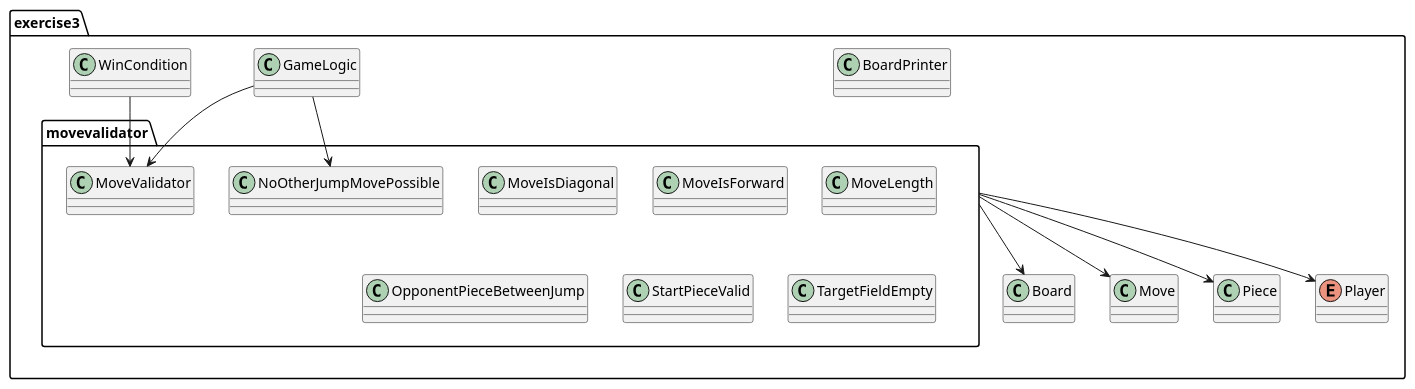
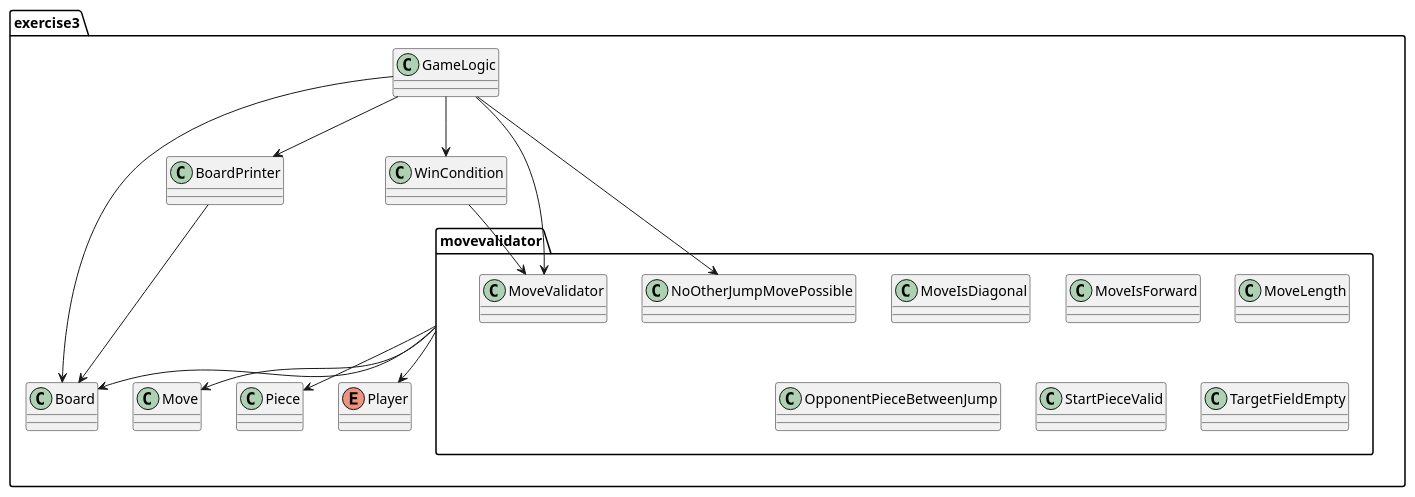
One commit to soco21/soco21 changed the diagram in assignment-1/exercise2/Class Diagramm Checkers.puml. Above: the diagram before and after it, drawn with PlantUML.

Commit message:
Class Diagramm Checkers.puml: add dependencies of GameLogic
GameLogic is the central component which coordinates the others.

```diff
--- a/assignment-1/exercise2/Class Diagramm Checkers.puml
+++ b/assignment-1/exercise2/Class Diagramm Checkers.puml
@@ -1,28 +1,32 @@
 @startuml
 package exercise3{
 package movevalidator {
 class MoveIsDiagonal
 class MoveIsForward
 class MoveLength
 class MoveValidator
 class NoOtherJumpMovePossible
 class OpponentPieceBetweenJump
 class StartPieceValid
 class TargetFieldEmpty
 }
 class Board
 class BoardPrinter
 class GameLogic
 class Move
 class Piece
 enum Player
 class WinCondition
 }
 movevalidator --> Board
 movevalidator --> Move
 movevalidator --> Piece
 movevalidator --> Player
+GameLogic --> BoardPrinter
+GameLogic --> Board
+GameLogic --> WinCondition
+BoardPrinter --> Board
 GameLogic --> MoveValidator
 GameLogic --> NoOtherJumpMovePossible
 WinCondition --> MoveValidator
 @enduml
```
